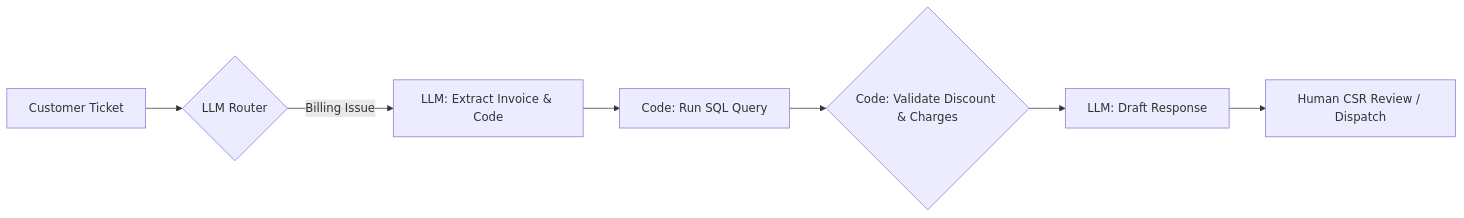
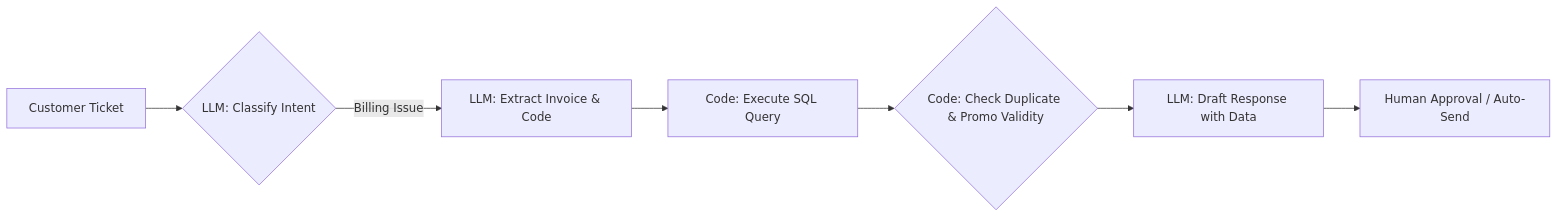
One commit to sivaskm/agentic-ai-engineering changed diagram 13 of 14 in module-01-agentic-ai-foundations/content/01-from-generative-ai-to-agentic-control-loops.md. Above: the diagram before and after it, drawn with Mermaid. The commit also changed other lines of this file, not shown here.

````diff
--- a/module-01-agentic-ai-foundations/content/01-from-generative-ai-to-agentic-control-loops.md
+++ b/module-01-agentic-ai-foundations/content/01-from-generative-ai-to-agentic-control-loops.md
@@ -355,9 +446,9 @@
 ```mermaid
 flowchart LR
-    Ticket[Customer Ticket] --> Router{LLM Router}
+    Ticket[Customer Ticket] --> Router{LLM: Classify Intent}
     Router -->|Billing Issue| Extractor[LLM: Extract Invoice & Code]
-    Extractor --> SQL[Code: Run SQL Query]
-    SQL --> Validator{Code: Validate Discount & Charges}
-    Validator --> Generator[LLM: Draft Response]
-    Generator --> CSR[Human CSR Review / Dispatch]
+    Extractor --> SQL[Code: Execute SQL Query]
+    SQL --> Logic{Code: Check Duplicate & Promo Validity}
+    Logic --> Generator[LLM: Draft Response with Data]
+    Generator --> Review[Human Approval / Auto-Send]
 ```
````
